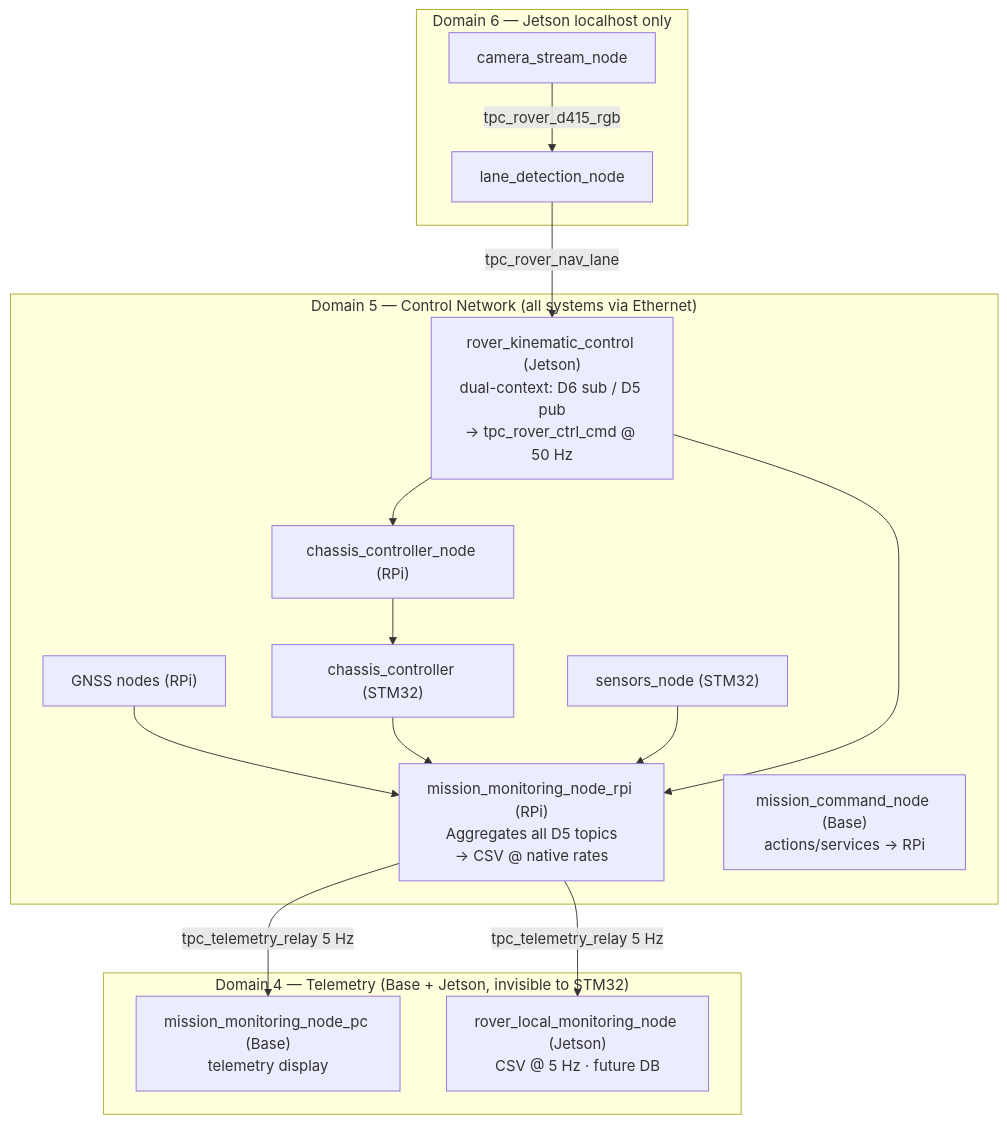
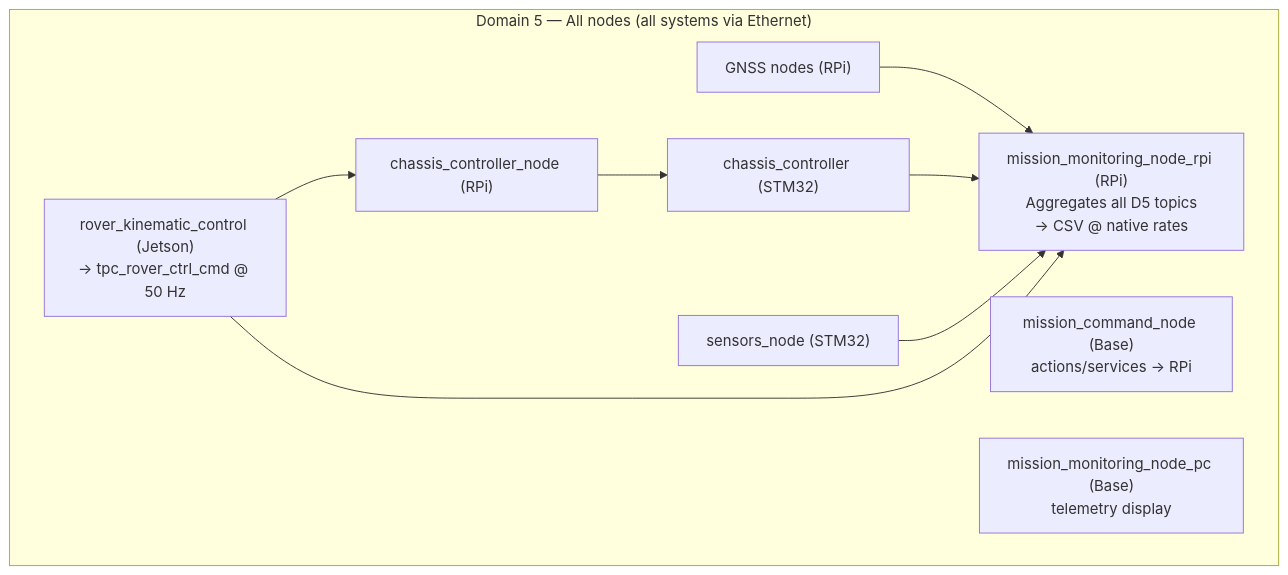
Before and after one commit to RoboticsGG/almondmatcha: the diagram in docs/DOMAINS.md, drawn with Mermaid. The commit also changed other lines of this file and 3 other files, not shown here.

Commit message:
docs: correct all domain references to single-domain (D5 only)

````diff
--- a/docs/DOMAINS.md
+++ b/docs/DOMAINS.md
@@ -15,30 +15,19 @@
 ```mermaid
 flowchart TB
-    subgraph D6["Domain 6 — Jetson localhost only"]
-        CAM["camera_stream_node"] -->|tpc_rover_d415_rgb| LANE["lane_detection_node"]
-    end
-
-    subgraph D5["Domain 5 — Control Network (all systems via Ethernet)"]
-        CTRL["rover_kinematic_control (Jetson)\ndual-context: D6 sub / D5 pub\n→ tpc_rover_ctrl_cmd @ 50 Hz"]
+    subgraph D5["Domain 5 — All nodes (all systems via Ethernet)"]
+        CTRL["rover_kinematic_control (Jetson)\n→ tpc_rover_ctrl_cmd @ 50 Hz"]
         CC["chassis_controller_node (RPi)"]
         STM32C["chassis_controller (STM32)"]
         STM32S["sensors_node (STM32)"]
         GNSS["GNSS nodes (RPi)"]
         MON["mission_monitoring_node_rpi (RPi)\nAggregates all D5 topics\n→ CSV @ native rates"]
         CMD["mission_command_node (Base)\nactions/services → RPi"]
+        PC["mission_monitoring_node_pc (Base)\ntelemetry display"]
     end
 
-    subgraph D4["Domain 4 — Telemetry (Base + Jetson, invisible to STM32)"]
-        PC["mission_monitoring_node_pc (Base)\ntelemetry display"]
-        JLOG["rover_local_monitoring_node (Jetson)\nCSV @ 5 Hz · future DB"]
-    end
-
-    LANE -->|tpc_rover_nav_lane| CTRL
     CTRL --> CC --> STM32C
     GNSS --> MON
     STM32C --> MON
     STM32S --> MON
     CTRL --> MON
-    MON -->|tpc_telemetry_relay 5 Hz| PC
-    MON -->|tpc_telemetry_relay 5 Hz| JLOG
 ```
````
